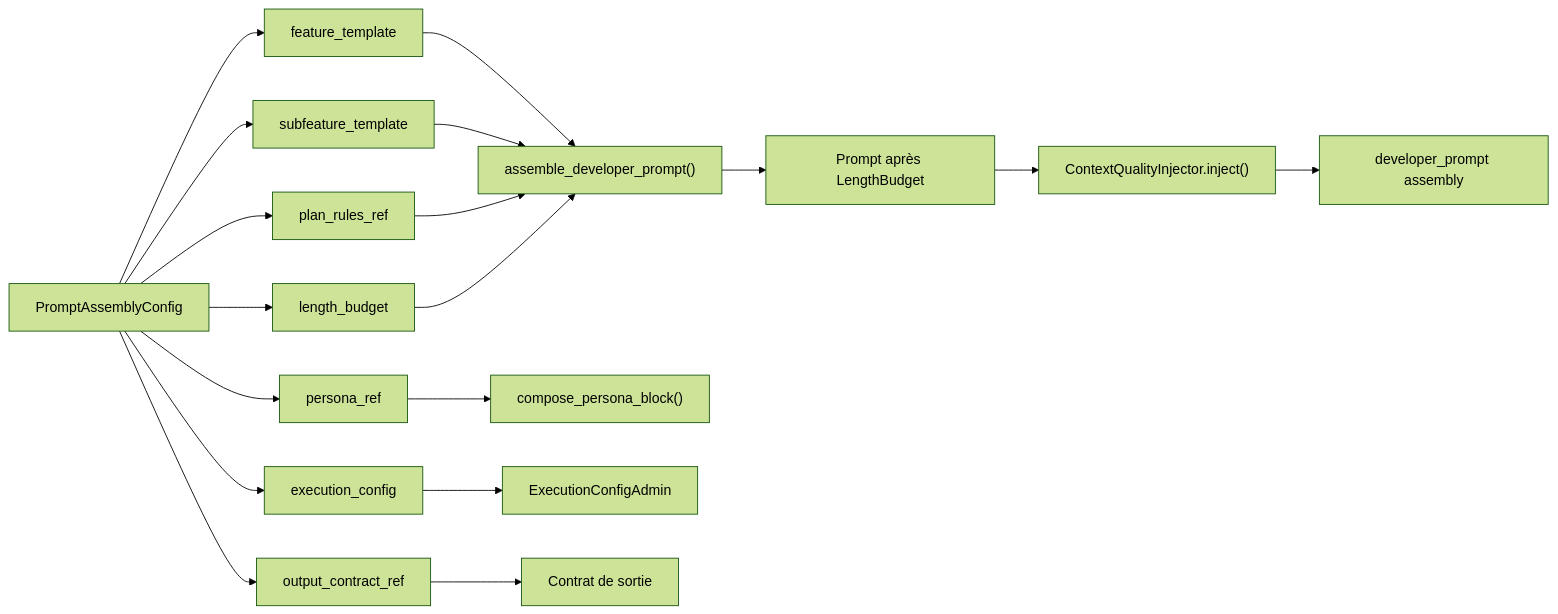
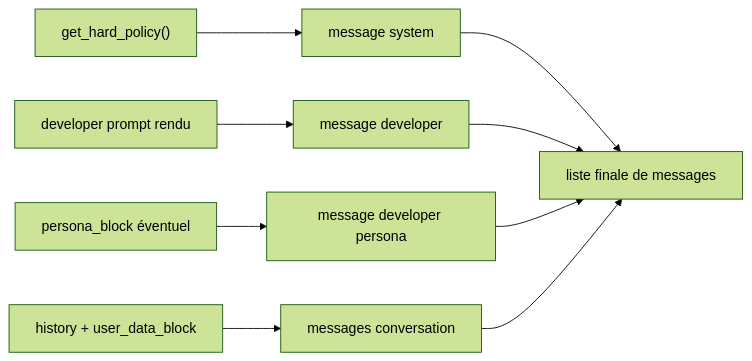
The third of 3 diagrams in docs/llm-prompt-generation-by-feature.md (daconrilcy/horoscope_front), drawn with Mermaid (forest theme) before and after one commit. The commit also changed other lines of this file, not shown here.

Commit message:
docs: align llm prompt generation document with runtime pipeline

````diff
--- a/docs/llm-prompt-generation-by-feature.md
+++ b/docs/llm-prompt-generation-by-feature.md
@@ -268,21 +250,11 @@
 ```mermaid
 flowchart LR
-    A["PromptAssemblyConfig"] --> B["feature_template"]
-    A --> C["subfeature_template"]
-    A --> D["plan_rules_ref"]
-    A --> E["persona_ref"]
-    A --> F["execution_config"]
-    A --> G["output_contract_ref"]
-    A --> H["length_budget"]
-
-    B --> I["assemble_developer_prompt()"]
-    C --> I
+    A["get_hard_policy()"] --> B["message system"]
+    C["developer prompt rendu"] --> D["message developer"]
+    E["persona_block éventuel"] --> F["message developer persona"]
+    G["history + user_data_block"] --> H["messages conversation"]
+    B --> I["liste finale de messages"]
     D --> I
+    F --> I
     H --> I
-    I --> J["Prompt après LengthBudget"]
-    J --> K["ContextQualityInjector.inject()"]
-    K --> L["developer_prompt assembly"]
-    E --> M["compose_persona_block()"]
-    F --> N["ExecutionConfigAdmin"]
-    G --> O["Contrat de sortie"]
 ```
````
